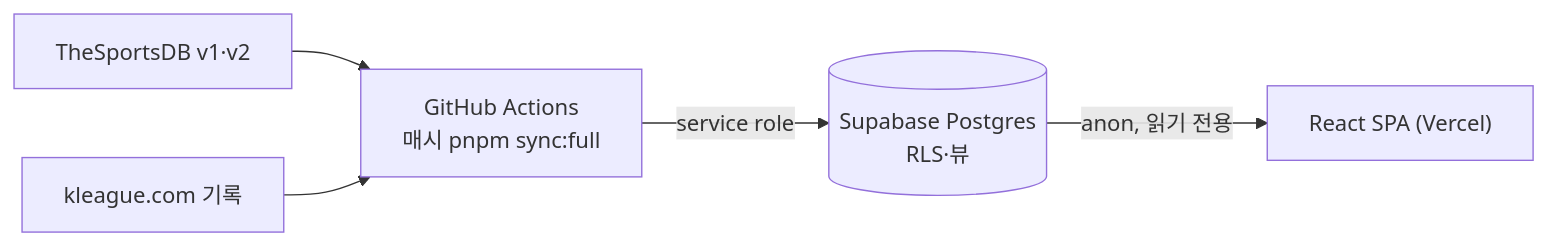
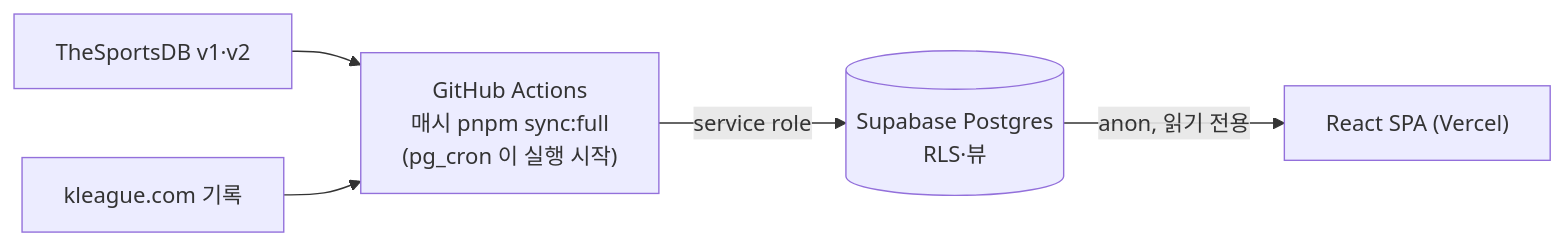
The diagram in docs/prd.md (systic2/allleaguesfans), drawn with Mermaid before and after one commit. The commit also changed other lines of this file and 6 other files, not shown here.

First line of the commit message:
feat(sync): start the data sync hourly from Supabase pg_cron

````diff
--- a/docs/prd.md
+++ b/docs/prd.md
@@ -388,7 +388,7 @@
 ```mermaid
 flowchart LR
-    TSDB["TheSportsDB v1·v2"] --> GHA["GitHub Actions<br/>매시 pnpm sync:full"]
+    TSDB["TheSportsDB v1·v2"] --> GHA["GitHub Actions<br/>매시 pnpm sync:full<br/>(pg_cron 이 실행 시작)"]
     KL["kleague.com 기록"] --> GHA
     GHA -->|service role| DB[("Supabase Postgres<br/>RLS·뷰")]
     DB -->|anon, 읽기 전용| WEB["React SPA (Vercel)"]
 ```
````
